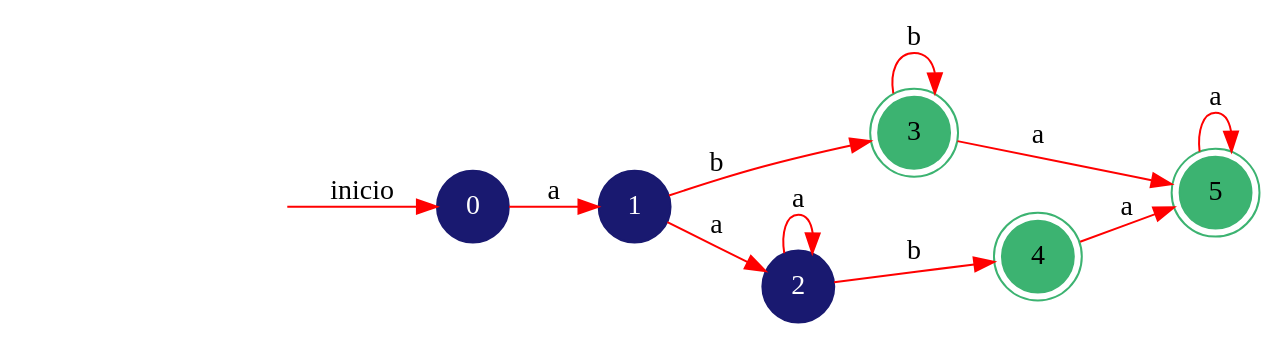
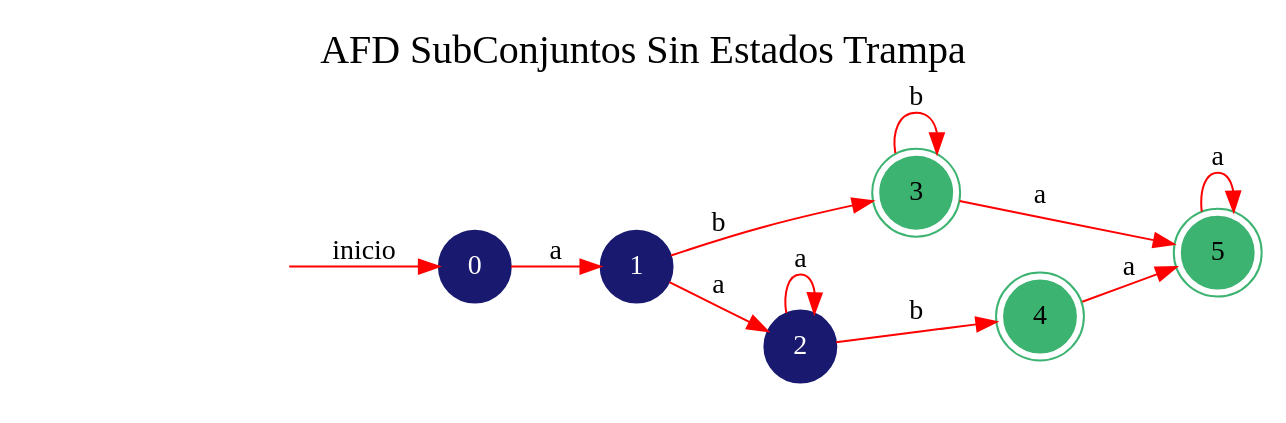
The diagram in GeneracionAutomatas/DOT/AFD SubConjuntos Sin Estados Trampa.dot (fcpauldiaz-archive/Automata), drawn with Graphviz before and after one commit. The commit also changed 28 other files, not shown here.

```diff
--- a/GeneracionAutomatas/DOT/AFD SubConjuntos Sin Estados Trampa.dot
+++ b/GeneracionAutomatas/DOT/AFD SubConjuntos Sin Estados Trampa.dot
@@ -1,19 +1,19 @@
 digraph automata_finito {
 	rankdir=LR;
-	size="13,5"
+	graph [label="AFD SubConjuntos Sin Estados Trampa", labelloc=t, fontsize=20]; 
 	node [shape=doublecircle, style = filled,color = mediumseagreen]; 3 4 5;
 	node [shape=circle];
 	node [color=midnightblue,fontcolor=white];
 	edge [color=red];
-	 secret_node [style=invis];
+	secret_node [style=invis];
 	secret_node -> 0 [label="inicio"];
 	0 -> 1 [label="a"];
 	1 -> 2 [label="a"];
 	1 -> 3 [label="b"];
 	2 -> 2 [label="a"];
 	2 -> 4 [label="b"];
 	3 -> 5 [label="a"];
 	3 -> 3 [label="b"];
 	4 -> 5 [label="a"];
 	5 -> 5 [label="a"];
 }
```
